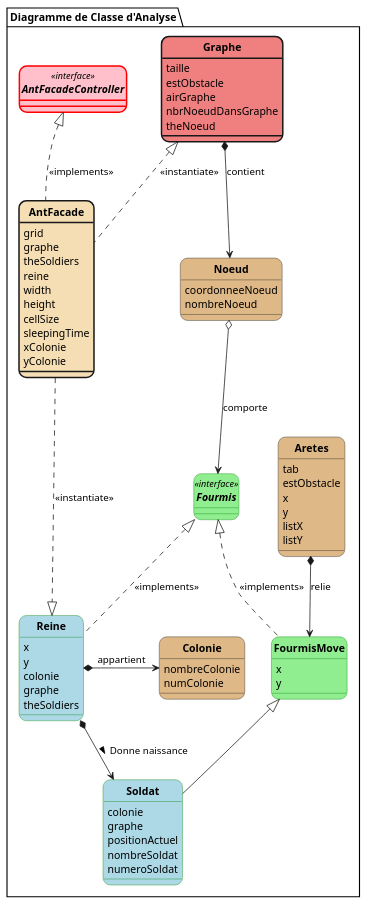
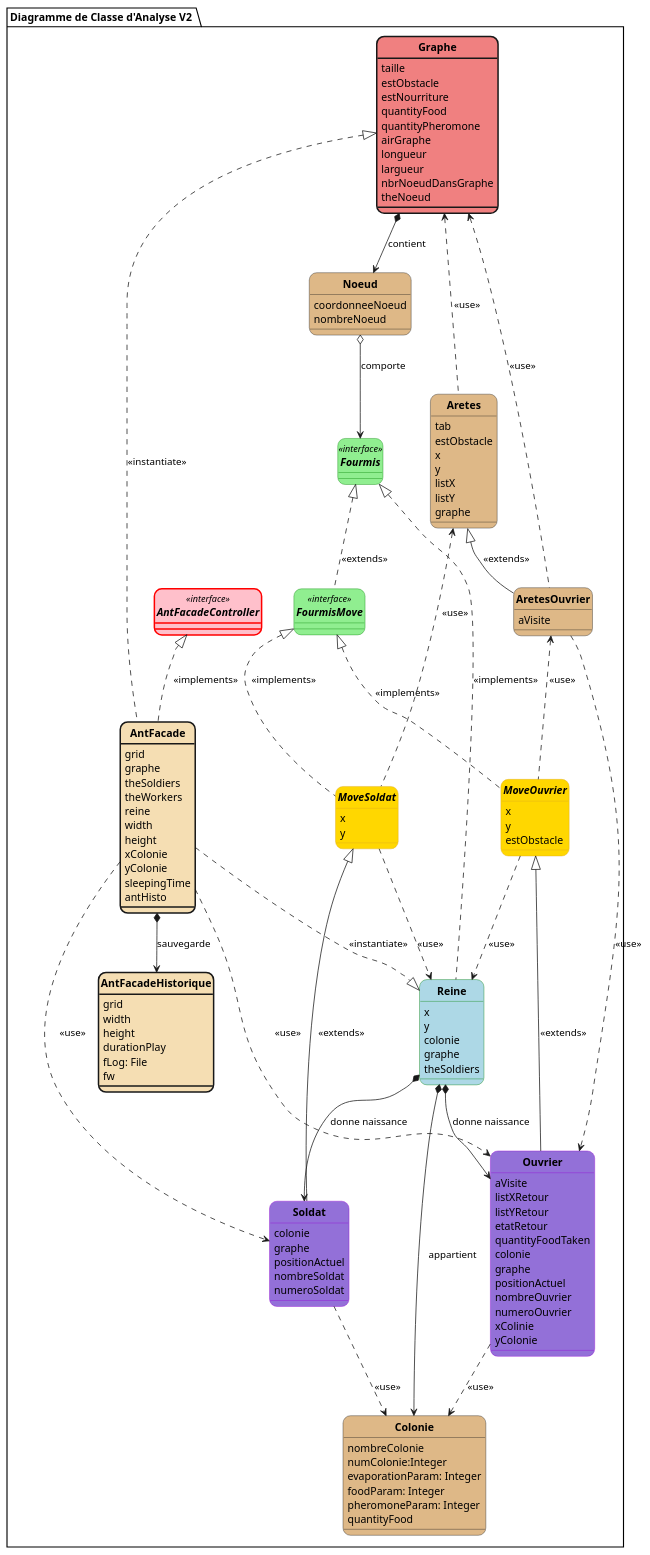
The diagram in plantUML/V2/Fourmis_DC_Analyse.puml (jvondermarck/ant-colony), drawn with PlantUML before and after one commit. The commit also changed 6 other files, not shown here.

Commit message:
MAJ Fichier d'historique des fourmis

```diff
--- a/plantUML/V2/Fourmis_DC_Analyse.puml
+++ b/plantUML/V2/Fourmis_DC_Analyse.puml
@@ -1,91 +1,163 @@
 @startuml
 'https://plantuml.com/class-diagram
 
 skinparam style strictuml
 skinparam classAttributeIconSize 0
 skinparam classFontStyle Bold
 skinparam roundcorner 20
 hide enum methods
 
-package "Diagramme de Classe d'Analyse" <<Folder>> {
-    interface AntFacadeController <<interface>> #pink ##[bold]red {}
+package "Diagramme de Classe d'Analyse V2 " <<Folder>> {
+  interface AntFacadeController <<interface>> #pink ##[bold]red {
+  }
 
-    class Graphe #lightcoral;line.bold {
+  class Graphe #lightcoral;line.bold {
       taille
       estObstacle
+      estNourriture
+      quantityFood
+      quantityPheromone
       airGraphe
+      longueur
+      largueur
       nbrNoeudDansGraphe
       theNoeud
-    }
+  }
 
-    class Colonie #burlywood {
-        nombreColonie
-        numColonie
-    }
+  class Colonie #burlywood {
+      nombreColonie
+      numColonie:Integer
+      evaporationParam: Integer
+      foodParam: Integer
+      pheromoneParam: Integer
+      quantityFood
+  }
 
-    class Noeud #burlywood {
-    coordonneeNoeud
-    nombreNoeud
-    }
+  class Noeud #burlywood {
+      coordonneeNoeud
+      nombreNoeud
+  }
 
-    class AntFacade #back:Wheat;line.bold {
+  class AntFacade #back:Wheat;line.bold {
       grid
       graphe
       theSoldiers
+      theWorkers
       reine
       width
       height
-      cellSize
-      sleepingTime
       xColonie
       yColonie
+      sleepingTime
+      antHisto
+  }
+
+    class AntFacadeHistorique #back:Wheat;line.bold {
+        grid
+        width
+        height
+        durationPlay
+        fLog: File
+        fw
     }
 
-    class Aretes #burlywood {
+  class Aretes #burlywood {
       tab
       estObstacle
       x
       y
       listX
       listY
+      graphe
+  }
+
+  class AretesOuvrier #burlywood {
+        aVisite
     }
 
-    interface Fourmis <<interface>> #lightgreen;line:green {}
+  interface Fourmis <<interface>> #lightgreen;line:green {
+  }
 
-    class Reine #lightblue;line:green {
+  class Reine #lightblue;line:green {
       x
       y
       colonie
       graphe
       theSoldiers
-    }
+  }
 
-    class FourmisMove #lightgreen;line:green {
-        x
-        y
-    }
+  interface FourmisMove <<interface>> #lightgreen;line:green {
+  }
 
-    class Soldat #lightblue;line:green {
+  abstract class MoveSoldat #gold;line:goldenrod {
+      x
+      y
+  }
+
+  abstract class MoveOuvrier #gold;line:goldenrod  {
+      x
+      y
+      estObstacle
+  }
+
+  class Soldat #mediumpurple;line:darkviolet {
       colonie
       graphe
       positionActuel
       nombreSoldat
       numeroSoldat
+  }
+
+   class Ouvrier #mediumpurple;line:darkviolet {
+        aVisite
+        listXRetour
+        listYRetour
+        etatRetour
+        quantityFoodTaken
+        colonie
+        graphe
+        positionActuel
+        nombreOuvrier
+        numeroOuvrier
+        xColinie
+        yColonie
     }
 }
+
 
 AntFacadeController <|.. AntFacade : <<implements>>
 AntFacade .up.|> Graphe : <<instantiate>>
 AntFacade ..|> Reine : <<instantiate>>
 
-Graphe *--> Noeud : contient
+Graphe  *--> Noeud : contient
 
-FourmisMove  <--up*  Aretes : relie
-Reine *-right>  Colonie : appartient
-Noeud o--> Fourmis : comporte
+Reine  *-> Colonie : appartient
+Noeud  o-->  Fourmis : comporte
+
 Fourmis <|.. Reine : <<implements>>
-Fourmis <|.. FourmisMove : <<implements>>
-FourmisMove <|-- Soldat
-Reine  *->  Soldat : Donne naissance >
+Fourmis <|.. FourmisMove : <<extends>>
+
+Aretes <|-- AretesOuvrier : <<extends>>
+Aretes <.. MoveSoldat : <<use>>
+AretesOuvrier <.. MoveOuvrier : <<use>>
+
+FourmisMove <|.. MoveOuvrier : \n\n<<implements>>
+FourmisMove <|.. MoveSoldat : <<implements>>
+
+MoveSoldat <|-- Soldat : <<extends>>
+MoveOuvrier <|-- Ouvrier : <<extends>>
+Reine  *-->  Soldat : donne naissance
+Reine  *-->  Ouvrier : donne naissance
+
+AntFacade ..> Soldat : <<use>>
+AntFacade ..> Ouvrier : <<use>>
+Aretes .up.> Graphe : <<use>>
+AretesOuvrier .up.> Graphe : <<use>>
+AretesOuvrier ..> Ouvrier : <<use>>
+MoveSoldat ..> Reine : <<use>>
+MoveOuvrier ..> Reine : <<use>>
+Ouvrier ..> Colonie : <<use>>
+Soldat ..> Colonie : <<use>>
+AntFacade *--> AntFacadeHistorique : sauvegarde
 
 @enduml
```
